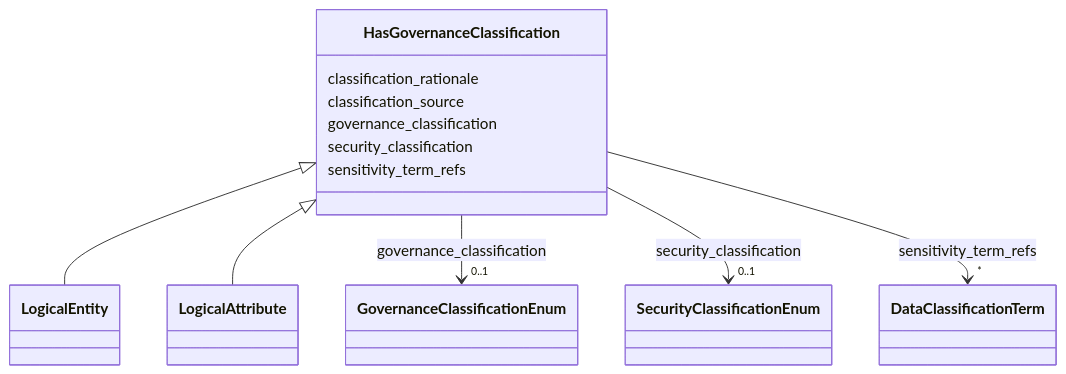
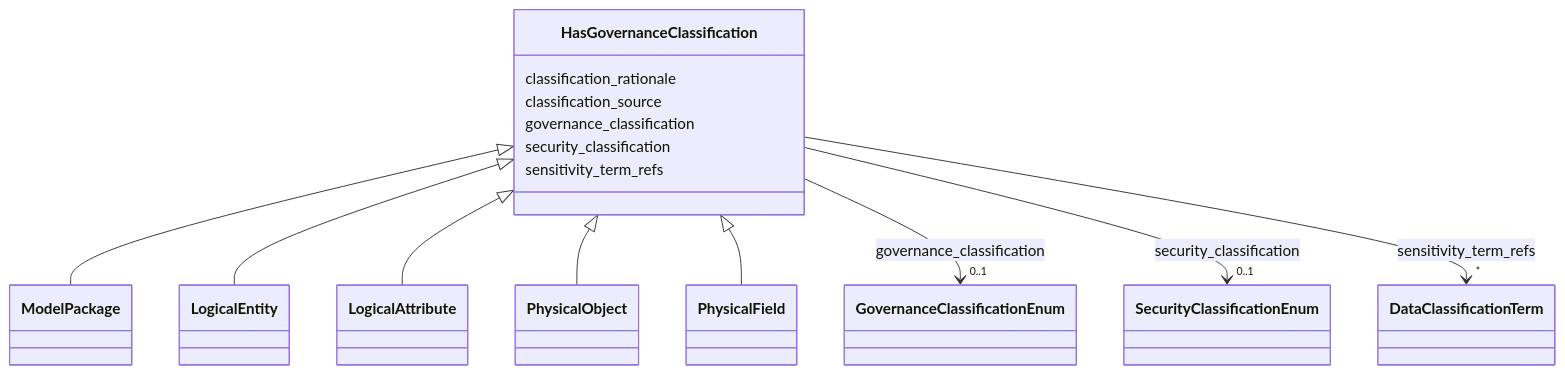
The diagram in generated/artifacts/moex-dams/0.1/diagrams/HasGovernanceClassification.md (oista/moex-data-model), drawn with Mermaid before and after one commit. The commit also changed 100 other files, not shown here.

First line of the commit message:
Enhance diagram command to support Mermaid erDiagram output

````diff
--- a/generated/artifacts/moex-dams/0.1/diagrams/HasGovernanceClassification.md
+++ b/generated/artifacts/moex-dams/0.1/diagrams/HasGovernanceClassification.md
@@ -4,48 +4,54 @@
 ```mermaid
  classDiagram
     class HasGovernanceClassification
     click HasGovernanceClassification href "../HasGovernanceClassification"
+      HasGovernanceClassification <|-- ModelPackage
+        click ModelPackage href "../ModelPackage"
       HasGovernanceClassification <|-- LogicalEntity
         click LogicalEntity href "../LogicalEntity"
       HasGovernanceClassification <|-- LogicalAttribute
         click LogicalAttribute href "../LogicalAttribute"
+      HasGovernanceClassification <|-- PhysicalObject
+        click PhysicalObject href "../PhysicalObject"
+      HasGovernanceClassification <|-- PhysicalField
+        click PhysicalField href "../PhysicalField"
       
       HasGovernanceClassification : classification_rationale
         
       HasGovernanceClassification : classification_source
         
       HasGovernanceClassification : governance_classification
         
           
     
         
         
         HasGovernanceClassification --> "0..1" GovernanceClassificationEnum : governance_classification
         click GovernanceClassificationEnum href "../GovernanceClassificationEnum"
     
 
         
       HasGovernanceClassification : security_classification
         
           
     
         
         
         HasGovernanceClassification --> "0..1" SecurityClassificationEnum : security_classification
         click SecurityClassificationEnum href "../SecurityClassificationEnum"
     
 
         
       HasGovernanceClassification : sensitivity_term_refs
         
           
     
         
         
         HasGovernanceClassification --> "*" DataClassificationTerm : sensitivity_term_refs
         click DataClassificationTerm href "../DataClassificationTerm"
     
 
         
       
 ```
````
